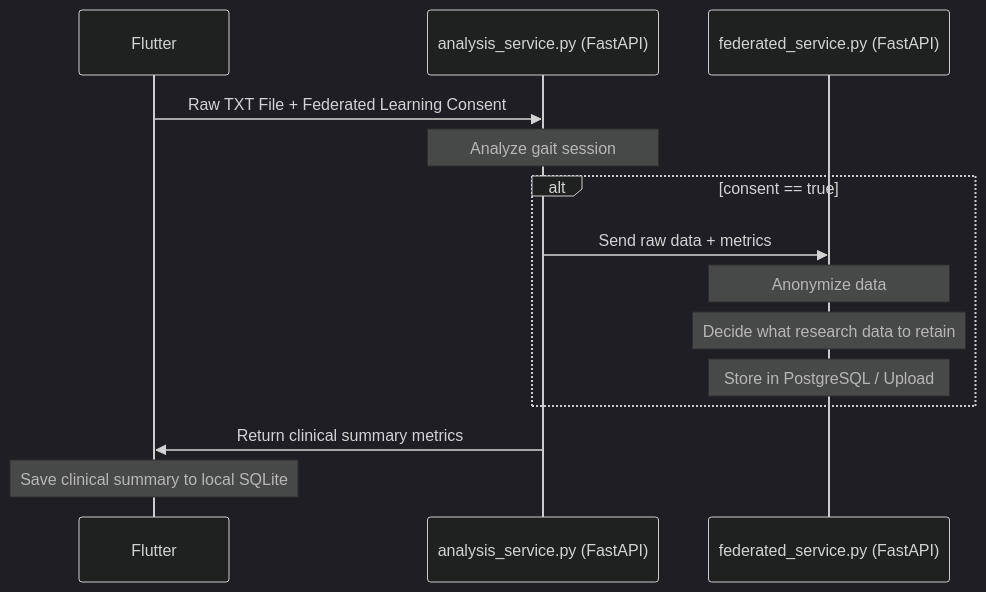
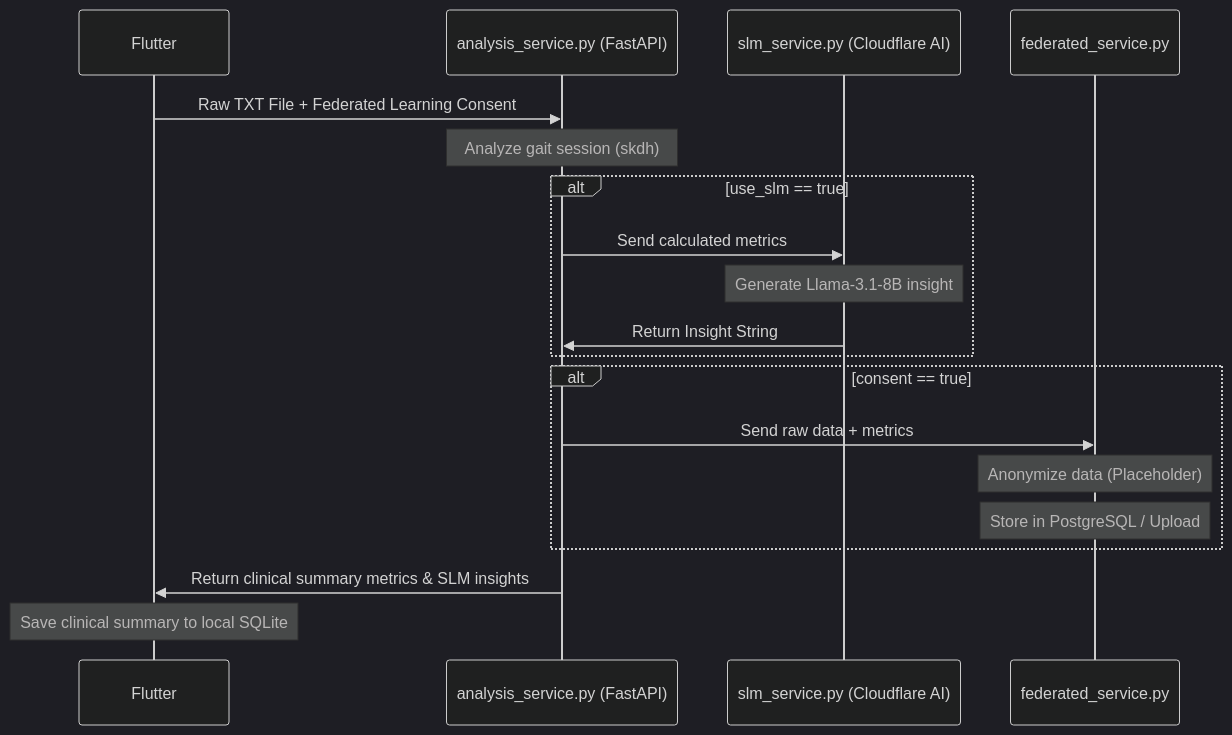
The fourth of 4 diagrams in README.md (maitry4/Gait-physio-demo), drawn with Mermaid (dark theme) before and after one commit. The commit also changed other lines of this file and 31 other files, not shown here.

````diff
--- a/README.md
+++ b/README.md
@@ -89,19 +98,25 @@
 ```mermaid
 sequenceDiagram
     participant F as Flutter
     participant A as analysis_service.py (FastAPI)
-    participant FS as federated_service.py (FastAPI)
+    participant SLM as slm_service.py (Cloudflare AI)
+    participant FS as federated_service.py
 
     F->>A: Raw TXT File + Federated Learning Consent
-    Note over A: Analyze gait session
+    Note over A: Analyze gait session (skdh)
+    
+    alt use_slm == true
+        A->>SLM: Send calculated metrics
+        Note over SLM: Generate Llama-3.1-8B insight
+        SLM->>A: Return Insight String
+    end
 
     alt consent == true
         A->>FS: Send raw data + metrics
-        Note over FS: Anonymize data
-        Note over FS: Decide what research data to retain
+        Note over FS: Anonymize data (Placeholder)
         Note over FS: Store in PostgreSQL / Upload
     end
 
-    A->>F: Return clinical summary metrics
+    A->>F: Return clinical summary metrics & SLM insights
     Note over F: Save clinical summary to local SQLite
 ```
````
